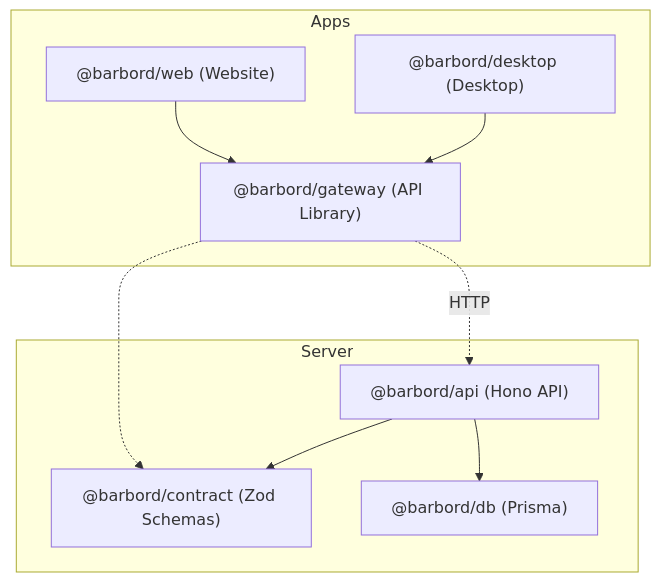
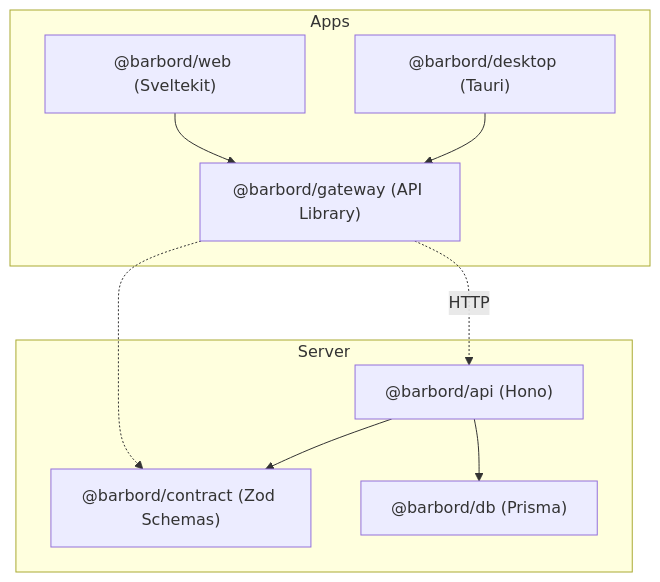
The diagram in README.md (luximus-hunter/barbord-fullstack), drawn with Mermaid before and after one commit. The commit also changed other lines of this file, not shown here.

````diff
--- a/README.md
+++ b/README.md
@@ -23,24 +21,24 @@
 ```mermaid
 flowchart TB
   subgraph "Apps"
-    WEB["@barbord/web (Website)"]
-    DESKTOP["@barbord/desktop (Desktop)"]
+    WEB["@barbord/web (Sveltekit)"]
+    DESKTOP["@barbord/desktop (Tauri)"]
     GATEWAY["@barbord/gateway (API Library)"]
   end
 
 
   subgraph "Server"
-    API["@barbord/api (Hono API)"]
+    API["@barbord/api (Hono)"]
     CONTRACT["@barbord/contract (Zod Schemas)"]
     DB["@barbord/db (Prisma)"]
   end
 
   WEB --> GATEWAY
   DESKTOP --> GATEWAY
 
   GATEWAY -. HTTP .-> API
   GATEWAY -.-> CONTRACT
 
   API --> CONTRACT
   API --> DB
 ```
````
